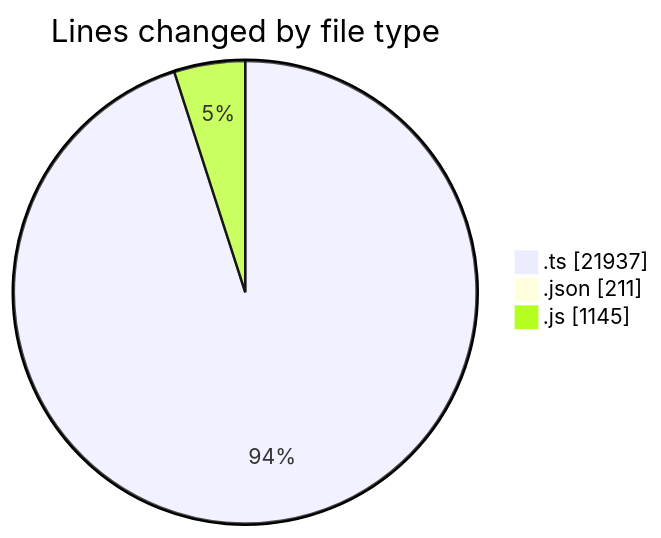
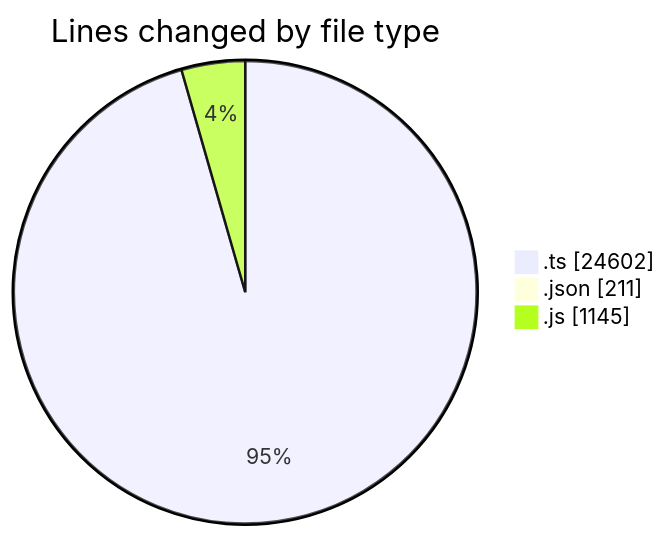
Before and after one commit to momahboobian/code-tracking: the first of 2 diagrams in 2026-11-04/cda/README.md, drawn with Mermaid. The commit also changed other lines of this file and 1 other file, not shown here.

````diff
--- a/2026-11-04/cda/README.md
+++ b/2026-11-04/cda/README.md
@@ -30,7 +32,7 @@
 ```mermaid
 pie showData
 title Lines changed by file type
-".ts" : 21937
+".ts" : 24602
 ".json" : 211
 ".js" : 1145
 ```
````
